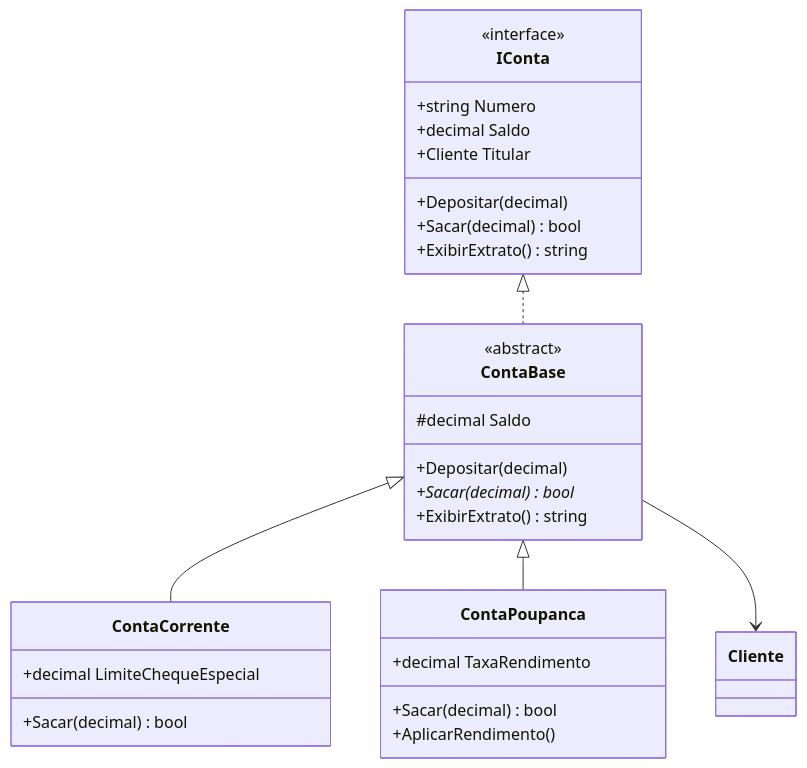
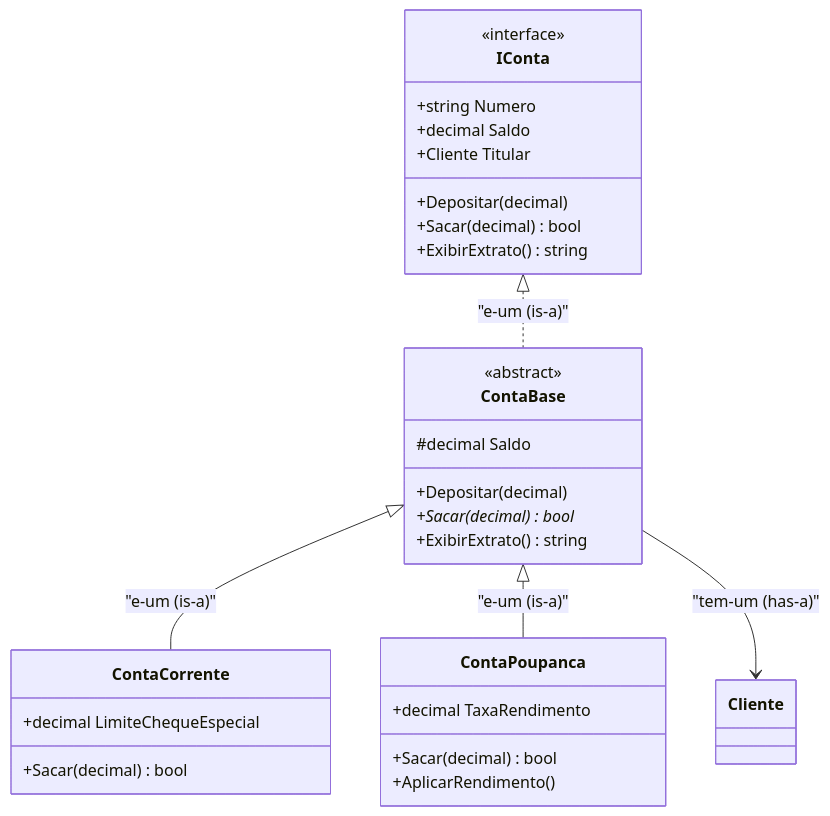
The fourth of 4 diagrams in 02-pilares-da-poo.md (lleonardogr/cc-oo-2026), drawn with Mermaid before and after one commit. The commit also changed other lines of this file and 1 other file, not shown here.

Commit message:
Enhance object collaboration concepts and relationships in POO, detailing dependency, association, aggregation, and composition with examples and UML diagrams.

````diff
--- a/02-pilares-da-poo.md
+++ b/02-pilares-da-poo.md
@@ -190,36 +390,36 @@
 ```mermaid
 classDiagram
     class IConta {
         <<interface>>
         +string Numero
         +decimal Saldo
         +Cliente Titular
         +Depositar(decimal)
         +Sacar(decimal) bool
         +ExibirExtrato() string
     }
 
     class ContaBase {
         <<abstract>>
         #decimal Saldo
         +Depositar(decimal)
         +Sacar(decimal)* bool
         +ExibirExtrato() string
     }
 
     class ContaCorrente {
         +decimal LimiteChequeEspecial
         +Sacar(decimal) bool
     }
 
     class ContaPoupanca {
         +decimal TaxaRendimento
         +Sacar(decimal) bool
         +AplicarRendimento()
     }
 
-    IConta <|.. ContaBase
-    ContaBase <|-- ContaCorrente
-    ContaBase <|-- ContaPoupanca
-    ContaBase --> Cliente
+    IConta <|.. ContaBase : "e-um (is-a)"
+    ContaBase <|-- ContaCorrente : "e-um (is-a)"
+    ContaBase <|-- ContaPoupanca : "e-um (is-a)"
+    ContaBase --> Cliente : "tem-um (has-a)"
 ```
````
